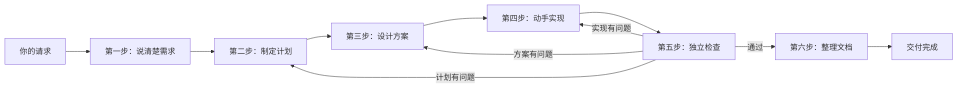
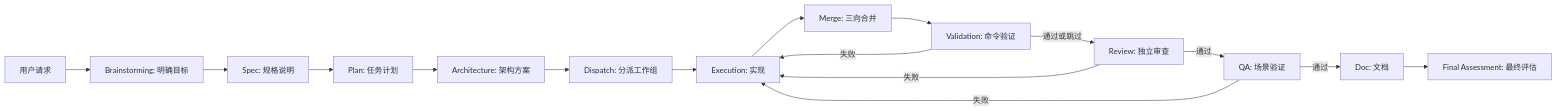
One commit to united-pooh/MultiAgent-Pipeline-skills changed the diagram in README.md. Above: the diagram before and after it, drawn with Mermaid. The commit also changed other lines of this file and 28 other files, not shown here.

````diff
--- a/README.md
+++ b/README.md
@@ -107,13 +29,18 @@
 ```mermaid
 flowchart LR
-    A[你的请求] --> B[第一步：说清楚需求]
-    B --> C[第二步：制定计划]
-    C --> D[第三步：设计方案]
-    D --> E[第四步：动手实现]
-    E --> F[第五步：独立检查]
-    F -->|通过| G[第六步：整理文档]
-    F -->|实现有问题| E
-    F -->|方案有问题| D
-    F -->|计划有问题| C
-    G --> H[交付完成]
+    A["用户请求"] --> B["Brainstorming: 明确目标"]
+    B --> C["Spec: 规格说明"]
+    C --> D["Plan: 任务计划"]
+    D --> E["Architecture: 架构方案"]
+    E --> F["Dispatch: 分派工作组"]
+    F --> G["Execution: 实现"]
+    G --> H["Merge: 三向合并"]
+    H --> I["Validation: 命令验证"]
+    I -->|通过或跳过| J["Review: 独立审查"]
+    I -->|失败| G
+    J -->|通过| K["QA: 场景验证"]
+    J -->|失败| G
+    K -->|通过| L["Doc: 文档"]
+    K -->|失败| G
+    L --> M["Final Assessment: 最终评估"]
 ```
````
